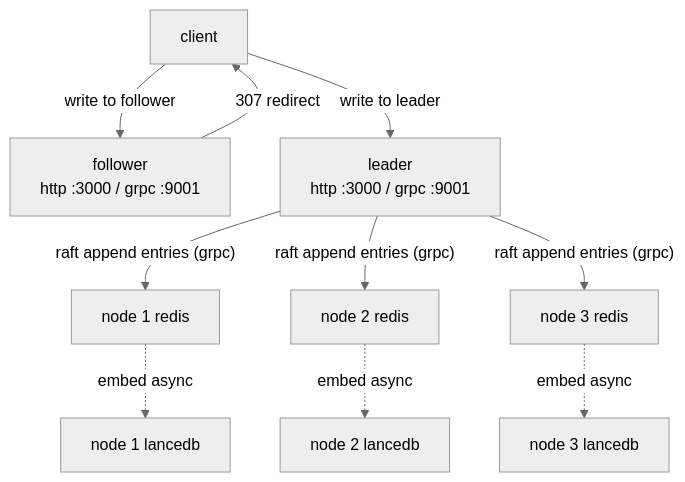
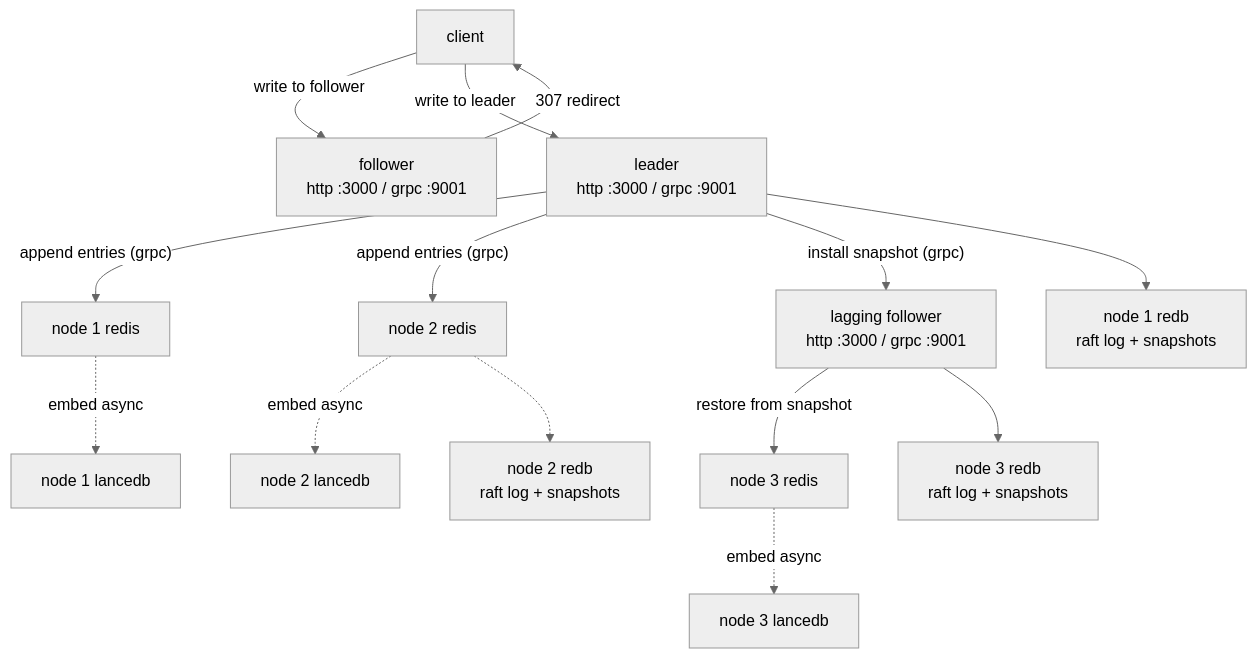
The second of 2 diagrams in docs/ARCHITECTURE.md (bit2swaz/engram), drawn with Mermaid (neutral theme) before and after one commit. The commit also changed other lines of this file and 7 other files, not shown here.

````diff
--- a/docs/ARCHITECTURE.md
+++ b/docs/ARCHITECTURE.md
@@ -190,22 +195,30 @@
 ```mermaid
 flowchart TD
     client["client"]
     follower["follower\nhttp :3000 / grpc :9001"]
+    lagging["lagging follower\nhttp :3000 / grpc :9001"]
     leader["leader\nhttp :3000 / grpc :9001"]
     r1["node 1 redis"]
     r2["node 2 redis"]
     r3["node 3 redis"]
     l1["node 1 lancedb"]
     l2["node 2 lancedb"]
     l3["node 3 lancedb"]
+    db1["node 1 redb\nraft log + snapshots"]
+    db2["node 2 redb\nraft log + snapshots"]
+    db3["node 3 redb\nraft log + snapshots"]
 
     client -->|"write to follower"| follower
     follower -->|"307 redirect"| client
     client -->|"write to leader"| leader
-    leader -->|"raft append entries (grpc)"| r1
-    leader -->|"raft append entries (grpc)"| r2
-    leader -->|"raft append entries (grpc)"| r3
+    leader -->|"append entries (grpc)"| r1
+    leader -->|"append entries (grpc)"| r2
+    leader -->|"install snapshot (grpc)"| lagging
+    lagging -->|"restore from snapshot"| r3
+    lagging --> db3
     r1 -.->|"embed async"| l1
     r2 -.->|"embed async"| l2
     r3 -.->|"embed async"| l3
+    leader --> db1
+    r2 -.-> db2
 ```
````
